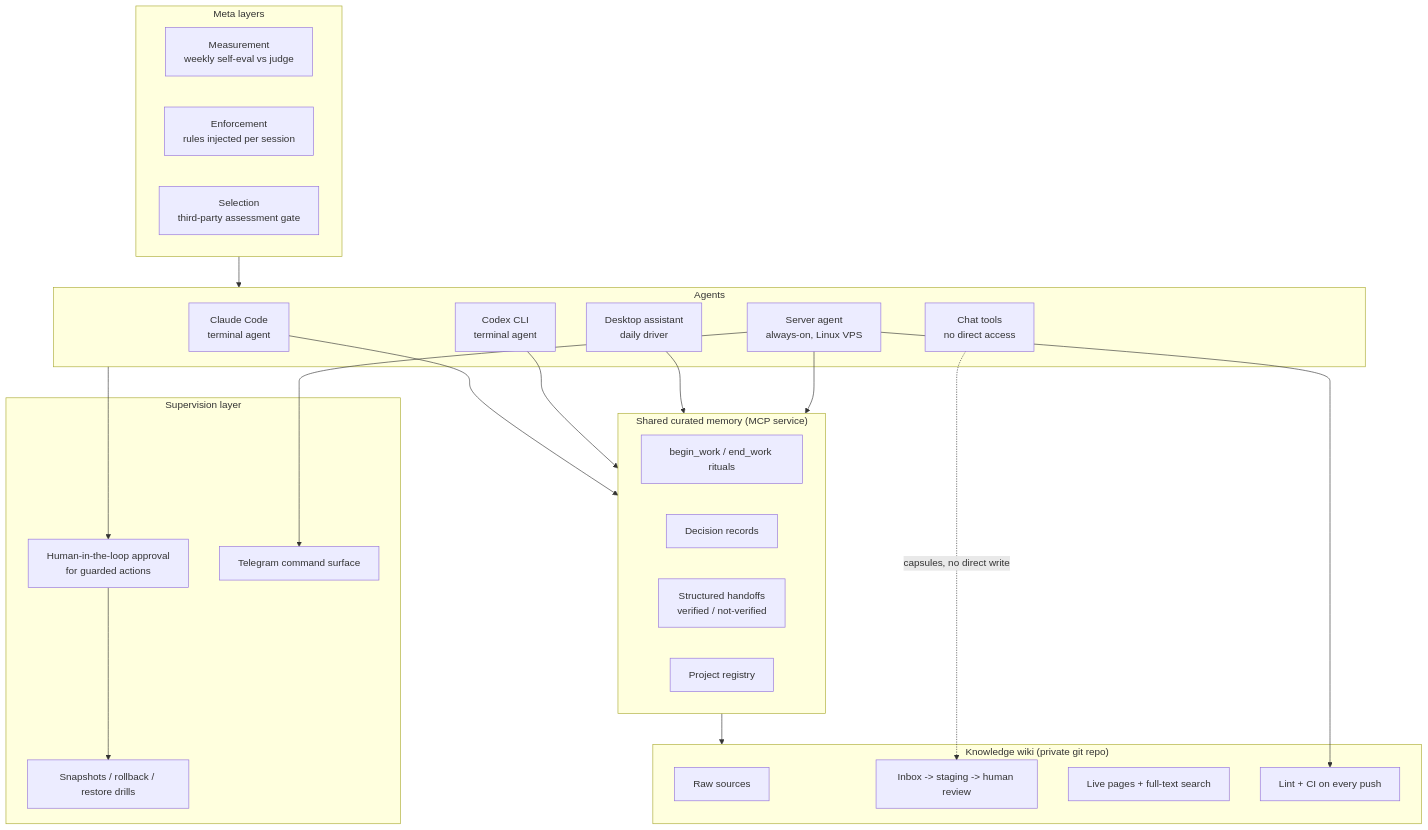
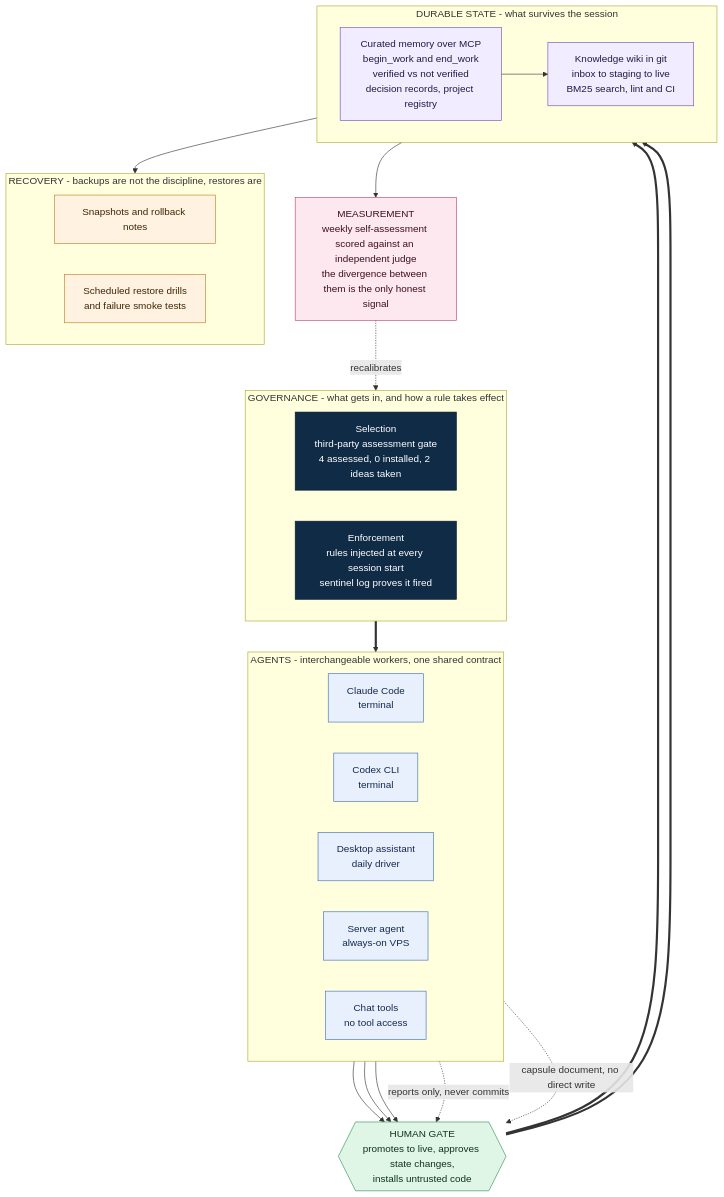
One commit to artemtrofymenko/agent-ops-notes changed the diagram in README.md. Above: the diagram before and after it, drawn with Mermaid.

Commit message:
docs: redraw the architecture diagram as a readable vertical narrative
The previous version put five subgraphs side by side and let the edges cross
wherever they liked, so the picture said very little at a glance.

- Restructured into one top-to-bottom story: governance decides what gets in
  and how rules take effect, agents do the work, everything passes a human
  gate, durable state is what survives, recovery protects it
- Measurement is now a feedback edge back into governance rather than a
  floating box with one vague arrow
- Constrained agents carry their constraint on the edge: the server agent
  reports and never commits, chat tools write only through a capsule
- Added colour classes so layer type is readable without parsing labels

````diff
--- a/README.md
+++ b/README.md
@@ -23,48 +23,61 @@
 ```mermaid
 flowchart TB
-    subgraph Agents
-        CC[Claude Code<br/>terminal agent]
-        CX[Codex CLI<br/>terminal agent]
-        DH[Desktop assistant<br/>daily driver]
-        SH[Server agent<br/>always-on, Linux VPS]
-        GPT[Chat tools<br/>no direct access]
-    end
 
-    subgraph Memory["Shared curated memory (MCP service)"]
-        BW[begin_work / end_work rituals]
-        DEC[Decision records]
-        HO[Structured handoffs<br/>verified / not-verified]
-        REG[Project registry]
-    end
+  subgraph GOV["GOVERNANCE - what gets in, and how a rule takes effect"]
+    direction LR
+    SEL["Selection<br/>third-party assessment gate<br/>4 assessed, 0 installed, 2 ideas taken"]
+    ENF["Enforcement<br/>rules injected at every session start<br/>sentinel log proves it fired"]
+  end
 
-    subgraph Wiki["Knowledge wiki (private git repo)"]
-        RAW[Raw sources]
-        STG[Inbox -> staging -> human review]
-        LIVE[Live pages + full-text search]
-        CI[Lint + CI on every push]
-    end
+  subgraph AG["AGENTS - interchangeable workers, one shared contract"]
+    direction LR
+    CC["Claude Code<br/>terminal"]
+    CX["Codex CLI<br/>terminal"]
+    DH["Desktop assistant<br/>daily driver"]
+    SH["Server agent<br/>always-on VPS"]
+    GPT["Chat tools<br/>no tool access"]
+  end
 
-    subgraph Safety["Supervision layer"]
-        HITL[Human-in-the-loop approval<br/>for guarded actions]
-        SNAP[Snapshots / rollback / restore drills]
-        TG[Telegram command surface]
-    end
+  GATE{{"HUMAN GATE<br/>promotes to live, approves state changes,<br/>installs untrusted code"}}
 
-    subgraph Meta["Meta layers"]
-        MEAS[Measurement<br/>weekly self-eval vs judge]
-        ENF[Enforcement<br/>rules injected per session]
-        SEL[Selection<br/>third-party assessment gate]
-    end
+  subgraph STATE["DURABLE STATE - what survives the session"]
+    direction LR
+    MEM["Curated memory over MCP<br/>begin_work and end_work<br/>verified vs not verified<br/>decision records, project registry"]
+    WIKI["Knowledge wiki in git<br/>inbox to staging to live<br/>BM25 search, lint and CI"]
+  end
 
-    CC --> Memory
-    CX --> Memory
-    DH --> Memory
-    SH --> Memory
-    GPT -.capsules, no direct write.-> STG
-    Memory --> Wiki
-    SH --> CI
-    SH --> TG
-    Agents --> HITL
-    HITL --> SNAP
-    Meta --> Agents
+  subgraph SAFE["RECOVERY - backups are not the discipline, restores are"]
+    direction LR
+    SNAP["Snapshots and rollback notes"]
+    DRILL["Scheduled restore drills<br/>and failure smoke tests"]
+  end
+
+  MEAS["MEASUREMENT<br/>weekly self-assessment scored against an independent judge<br/>the divergence between them is the only honest signal"]
+
+  GOV ==> AG
+  CC --> GATE
+  CX --> GATE
+  DH --> GATE
+  SH -.->|"reports only, never commits"| GATE
+  GPT -.->|"capsule document, no direct write"| GATE
+  GATE ==> MEM
+  GATE ==> WIKI
+  MEM --> WIKI
+  STATE --> SAFE
+  STATE --> MEAS
+  MEAS -.->|"recalibrates"| GOV
+
+  classDef gov fill:#0f2b46,stroke:#08192b,color:#ffffff
+  classDef agent fill:#e8f0fe,stroke:#3c6fb5,color:#132a4a
+  classDef state fill:#f1ecff,stroke:#6f4fc0,color:#241a45
+  classDef gate fill:#dff5e6,stroke:#2f8f5b,color:#0f3320
+  classDef safe fill:#fff2e0,stroke:#c07d1e,color:#3d2707
+  classDef meas fill:#fde8ef,stroke:#b8436b,color:#3d0f20
+
+  class SEL,ENF gov
+  class CC,CX,DH,SH,GPT agent
+  class MEM,WIKI state
+  class GATE gate
+  class SNAP,DRILL safe
+  class MEAS meas
 ```
````
